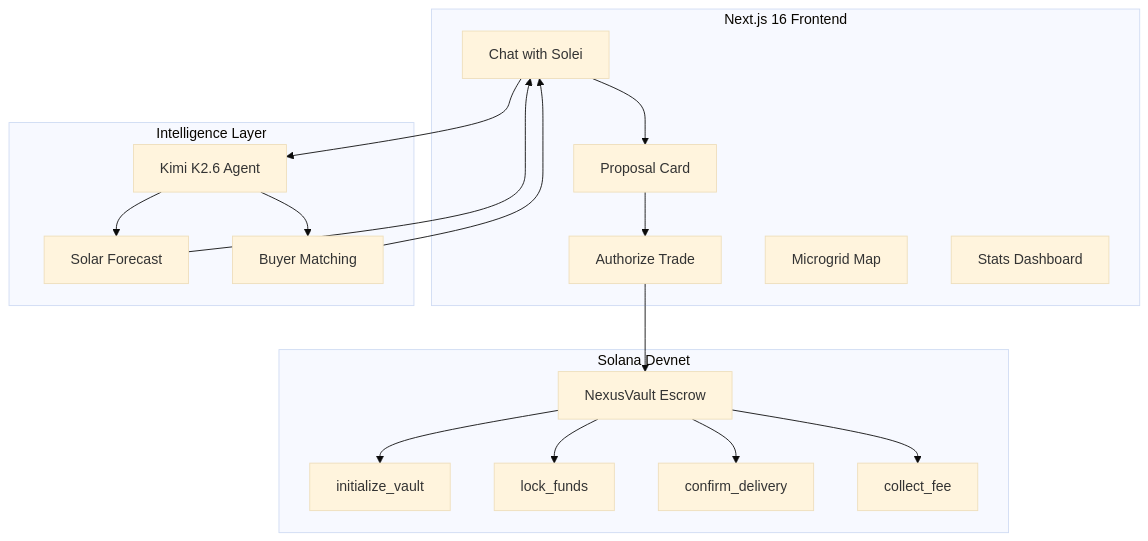
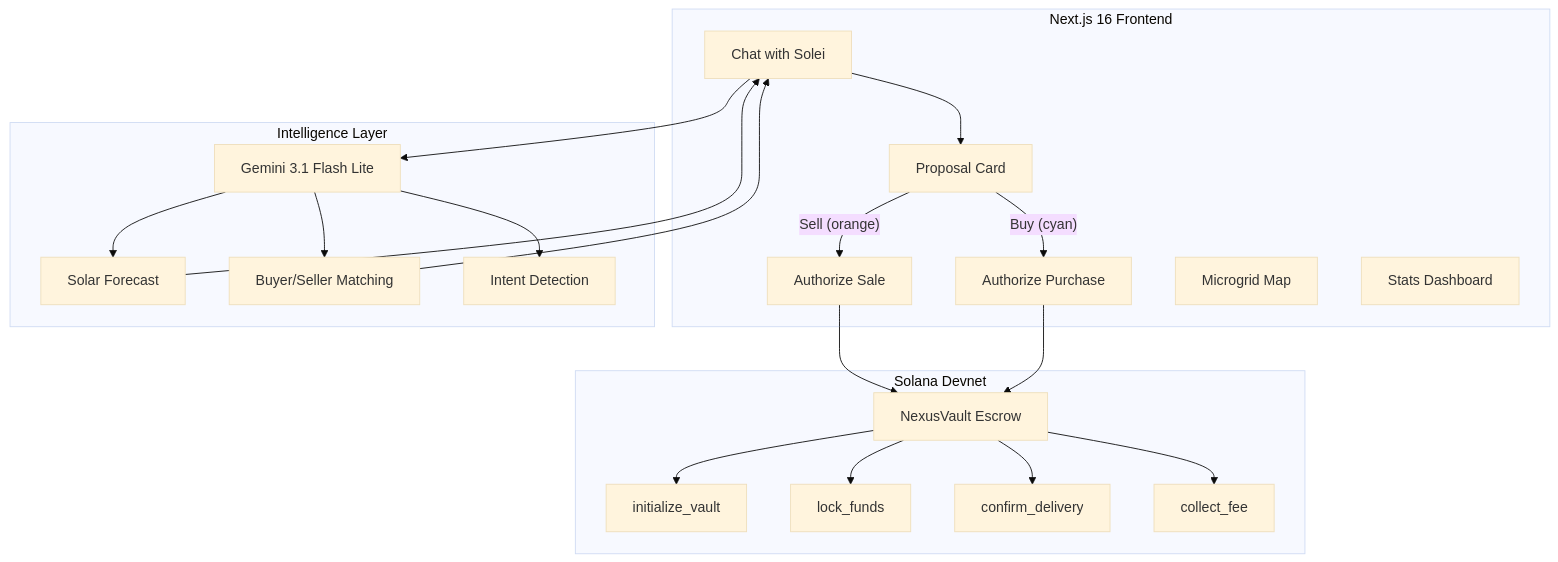
Before and after one commit to Syderal-IO/lumos: the diagram in README.md, drawn with Mermaid (base theme). The commit also changed other lines of this file, not shown here.

Commit message:
docs: update README for bidirectional marketplace, Gemini AI, Docker

````diff
--- a/README.md
+++ b/README.md
@@ -31,26 +33,29 @@
 ```mermaid
 graph TB
     subgraph Frontend["Next.js 16 Frontend"]
         A[Chat with Solei] --> B[Proposal Card]
-        B --> C[Authorize Trade]
+        B --> |"Sell (orange)"| C1[Authorize Sale]
+        B --> |"Buy (cyan)"| C2[Authorize Purchase]
         D[Microgrid Map] 
         E[Stats Dashboard]
     end
     
     subgraph AI["Intelligence Layer"]
-        F[Kimi K2.6 Agent] --> G[Solar Forecast]
-        F --> H[Buyer Matching]
+        F[Gemini 3.1 Flash Lite] --> G[Solar Forecast]
+        F --> H[Buyer/Seller Matching]
+        F --> I[Intent Detection]
     end
     
     subgraph Blockchain["Solana Devnet"]
-        I[NexusVault Escrow] --> J[initialize_vault]
-        I --> K[lock_funds]
-        I --> L[confirm_delivery]
-        I --> M[collect_fee]
+        J[NexusVault Escrow] --> K[initialize_vault]
+        J --> L[lock_funds]
+        J --> M[confirm_delivery]
+        J --> N[collect_fee]
     end
     
     A --> F
-    C --> I
+    C1 --> J
+    C2 --> J
     G --> A
     H --> A
 ```
````
